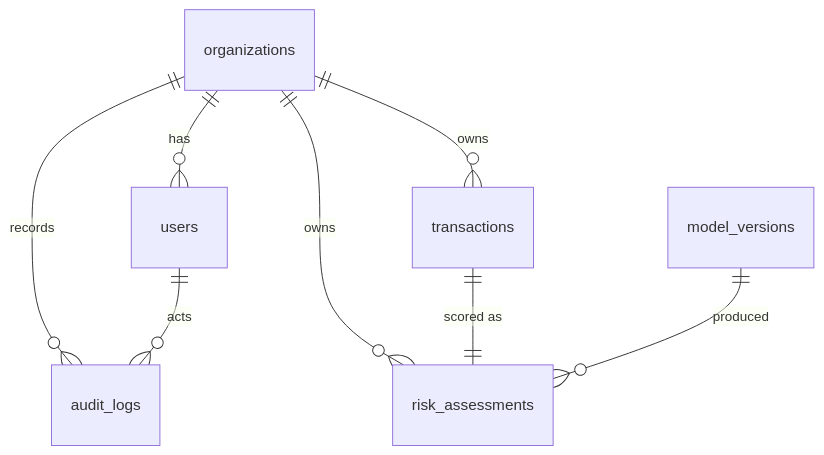
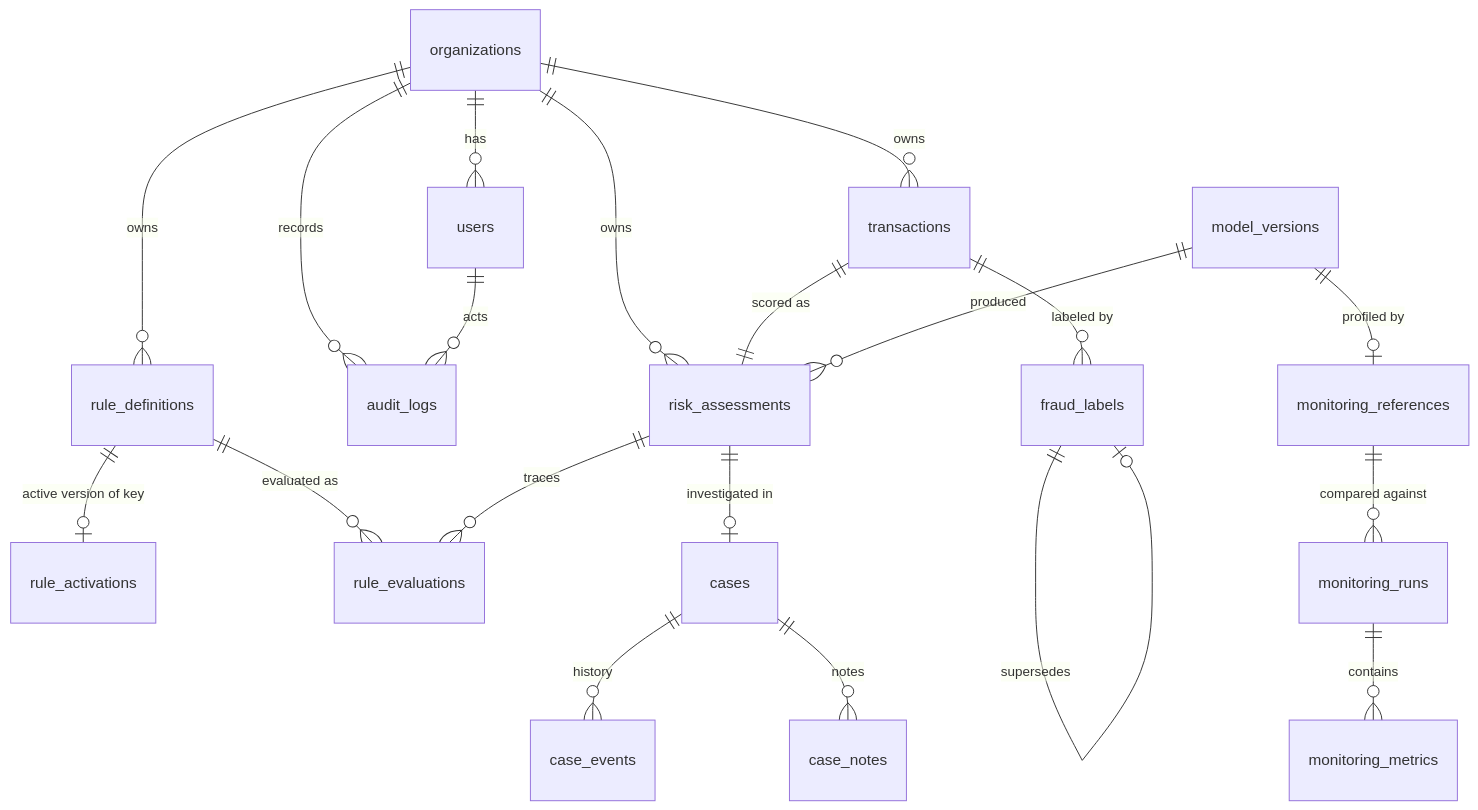
One commit to EOlaw/real-time-fraud-detection changed the diagram in docs/architecture/database-design.md. Above: the diagram before and after it, drawn with Mermaid. The commit also changed other lines of this file and 138 other files, not shown here.

````diff
--- a/docs/architecture/database-design.md
+++ b/docs/architecture/database-design.md
@@ -26,10 +28,22 @@
 ```mermaid
 erDiagram
     organizations ||--o{ users : has
     organizations ||--o{ transactions : owns
     organizations ||--o{ risk_assessments : owns
     transactions ||--|| risk_assessments : "scored as"
     model_versions ||--o{ risk_assessments : produced
     organizations ||--o{ audit_logs : records
     users ||--o{ audit_logs : acts
+    organizations ||--o{ rule_definitions : owns
+    rule_definitions ||--o| rule_activations : "active version of key"
+    rule_definitions ||--o{ rule_evaluations : "evaluated as"
+    risk_assessments ||--o{ rule_evaluations : traces
+    risk_assessments ||--o| cases : "investigated in"
+    cases ||--o{ case_events : history
+    cases ||--o{ case_notes : notes
+    transactions ||--o{ fraud_labels : "labeled by"
+    fraud_labels ||--o| fraud_labels : supersedes
+    model_versions ||--o| monitoring_references : "profiled by"
+    monitoring_references ||--o{ monitoring_runs : "compared against"
+    monitoring_runs ||--o{ monitoring_metrics : contains
 ```
````
